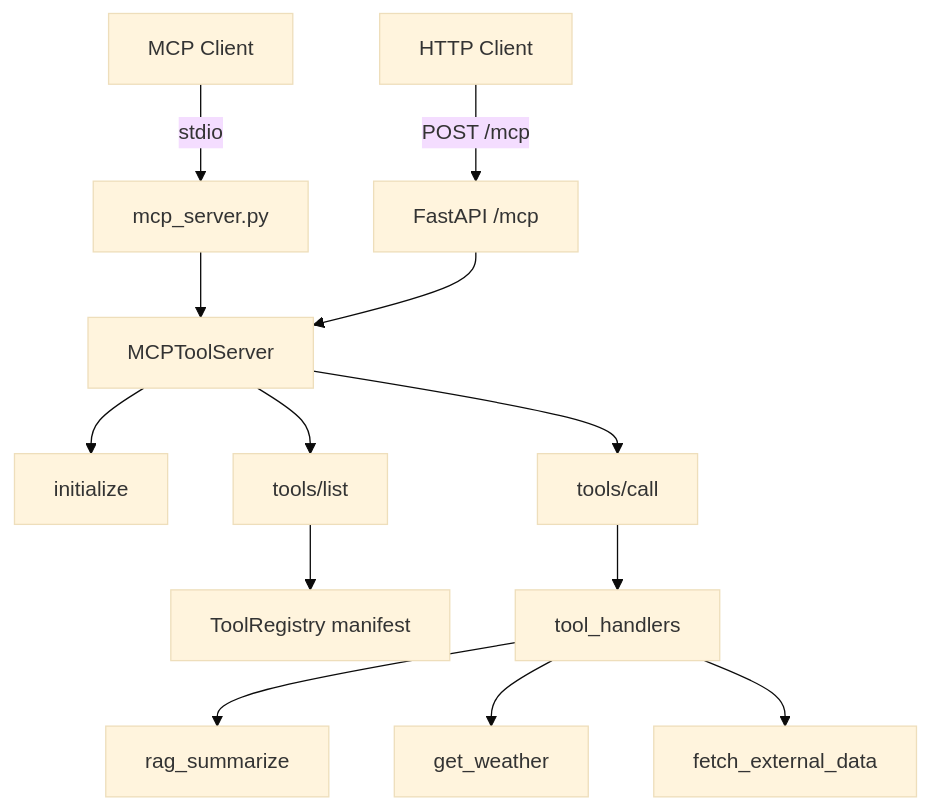
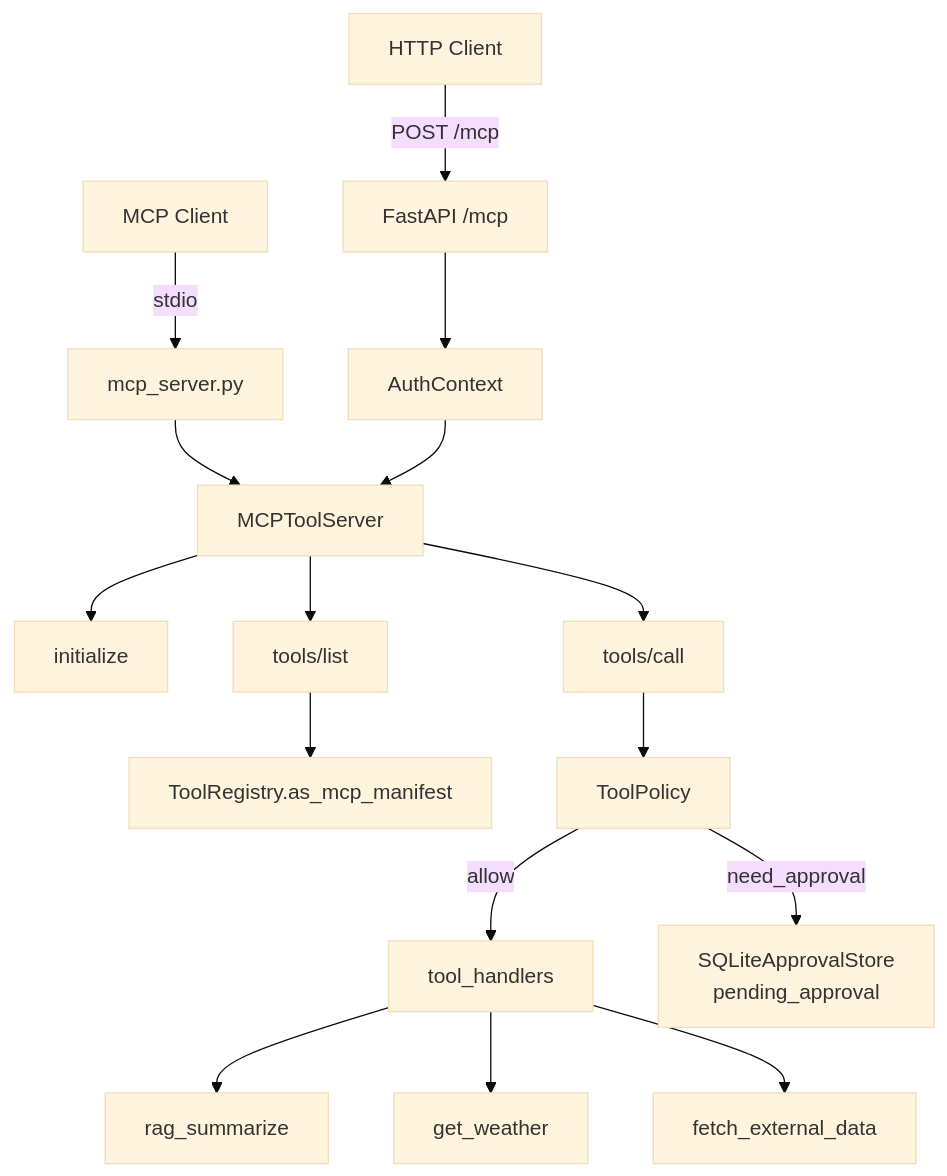
Before and after one commit to sleeping-Zack/agentproject: diagram 12 of 20 in README.md, drawn with Mermaid (base theme). The commit also changed other lines of this file, not shown here.

Commit message:
docs: refresh architecture diagrams for harness control layer

````diff
--- a/README.md
+++ b/README.md
@@ -322,17 +559,21 @@
 ```mermaid
 flowchart TB
     MCPClient["MCP Client"] -->|stdio| Stdio["mcp_server.py"]
-    External["HTTP Client"] -->|POST /mcp| API["FastAPI /mcp"]
-    Stdio --> MCP["MCPToolServer"]
-    API --> MCP
+    HTTPClient["HTTP Client"] -->|POST /mcp| API["FastAPI /mcp"]
 
-    MCP --> Init["initialize"]
-    MCP --> List["tools/list"]
-    MCP --> Call["tools/call"]
+    Stdio --> Server["MCPToolServer"]
+    API --> Auth["AuthContext"]
+    Auth --> Server
 
-    List --> Registry["ToolRegistry manifest"]
-    Call --> Handlers["tool_handlers"]
-    Handlers --> RAG["rag_summarize"]
-    Handlers --> Weather["get_weather"]
-    Handlers --> Record["fetch_external_data"]
+    Server --> Init["initialize"]
+    Server --> List["tools/list"]
+    Server --> Call["tools/call"]
+
+    List --> Manifest["ToolRegistry.as_mcp_manifest"]
+    Call --> Policy["ToolPolicy"]
+    Policy -->|allow| Handler["tool_handlers"]
+    Policy -->|need_approval| Approval["SQLiteApprovalStore\npending_approval"]
+    Handler --> RAG["rag_summarize"]
+    Handler --> Weather["get_weather"]
+    Handler --> Record["fetch_external_data"]
 ```
````
